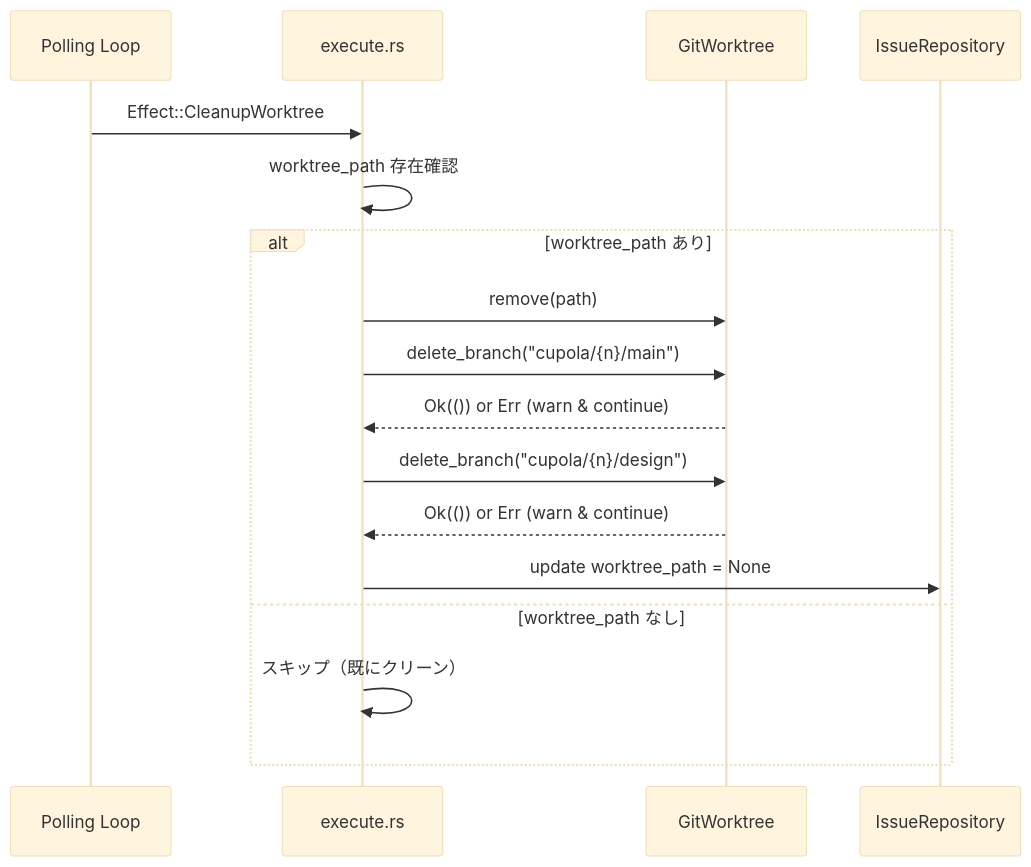
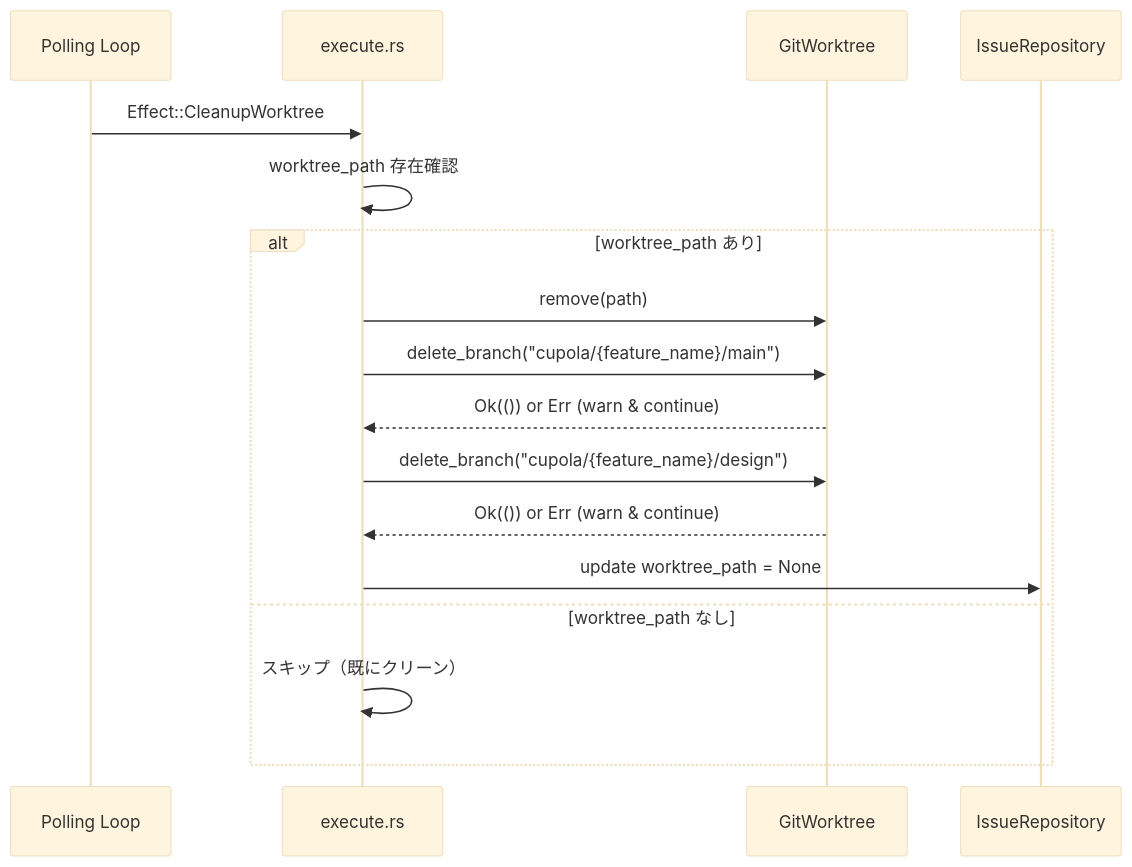
One commit to kyuki3rain/cupola changed the second of 2 diagrams in .cupola/specs/issue-190/design.md. Above: the diagram before and after it, drawn with Mermaid (base theme). The commit also changed other lines of this file and 3 other files, not shown here.

````diff
--- a/.cupola/specs/issue-190/design.md
+++ b/.cupola/specs/issue-190/design.md
@@ -68,20 +68,20 @@
 ```mermaid
 sequenceDiagram
     participant PL as Polling Loop
     participant EX as execute.rs
     participant GW as GitWorktree
     participant IR as IssueRepository
 
     PL->>EX: Effect::CleanupWorktree
     EX->>EX: worktree_path 存在確認
     alt worktree_path あり
         EX->>GW: remove(path)
-        EX->>GW: delete_branch("cupola/{n}/main")
+        EX->>GW: delete_branch("cupola/{feature_name}/main")
         GW-->>EX: Ok(()) or Err (warn & continue)
-        EX->>GW: delete_branch("cupola/{n}/design")
+        EX->>GW: delete_branch("cupola/{feature_name}/design")
         GW-->>EX: Ok(()) or Err (warn & continue)
         EX->>IR: update worktree_path = None
     else worktree_path なし
         EX->>EX: スキップ（既にクリーン）
     end
 ```
````
